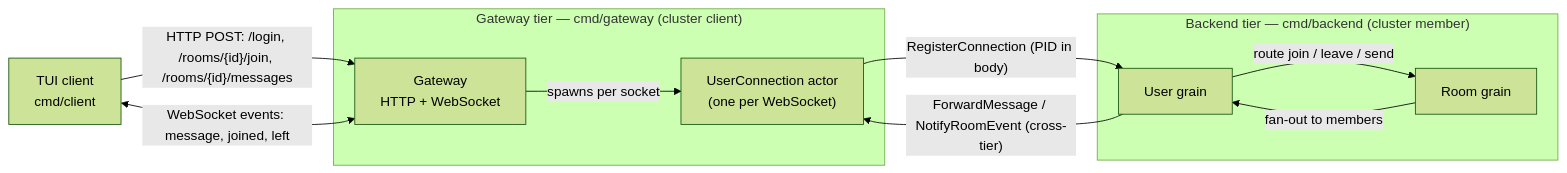
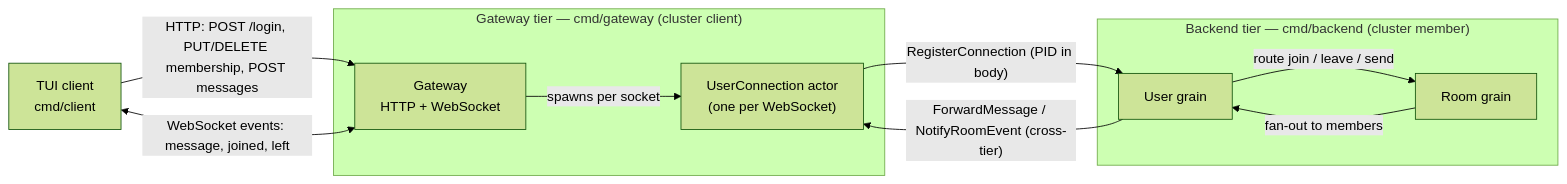
The diagram in README.md (oklahomer/blabby), drawn with Mermaid (forest theme) before and after one commit. The commit also changed other lines of this file and 21 other files, not shown here.

````diff
--- a/README.md
+++ b/README.md
@@ -16,19 +16,19 @@
 ```mermaid
 flowchart LR
     TUI["TUI client<br/>cmd/client"]
     subgraph GATEWAY["Gateway tier — cmd/gateway (cluster client)"]
         GW["Gateway<br/>HTTP + WebSocket"]
         UC["UserConnection actor<br/>(one per WebSocket)"]
     end
     subgraph BACKEND["Backend tier — cmd/backend (cluster member)"]
         UG["User grain"]
         RG["Room grain"]
     end
-    TUI -- "HTTP POST: /login, /rooms/{id}/join, /rooms/{id}/messages" --> GW
+    TUI -- "HTTP: POST /login, PUT/DELETE membership, POST messages" --> GW
     TUI <-- "WebSocket events: message, joined, left" --> GW
     GW -- "spawns per socket" --> UC
     UC -- "RegisterConnection (PID in body)" --> UG
     UG -- "route join / leave / send" --> RG
     RG -- "fan-out to members" --> UG
     UG -- "ForwardMessage / NotifyRoomEvent (cross-tier)" --> UC
 ```
````
